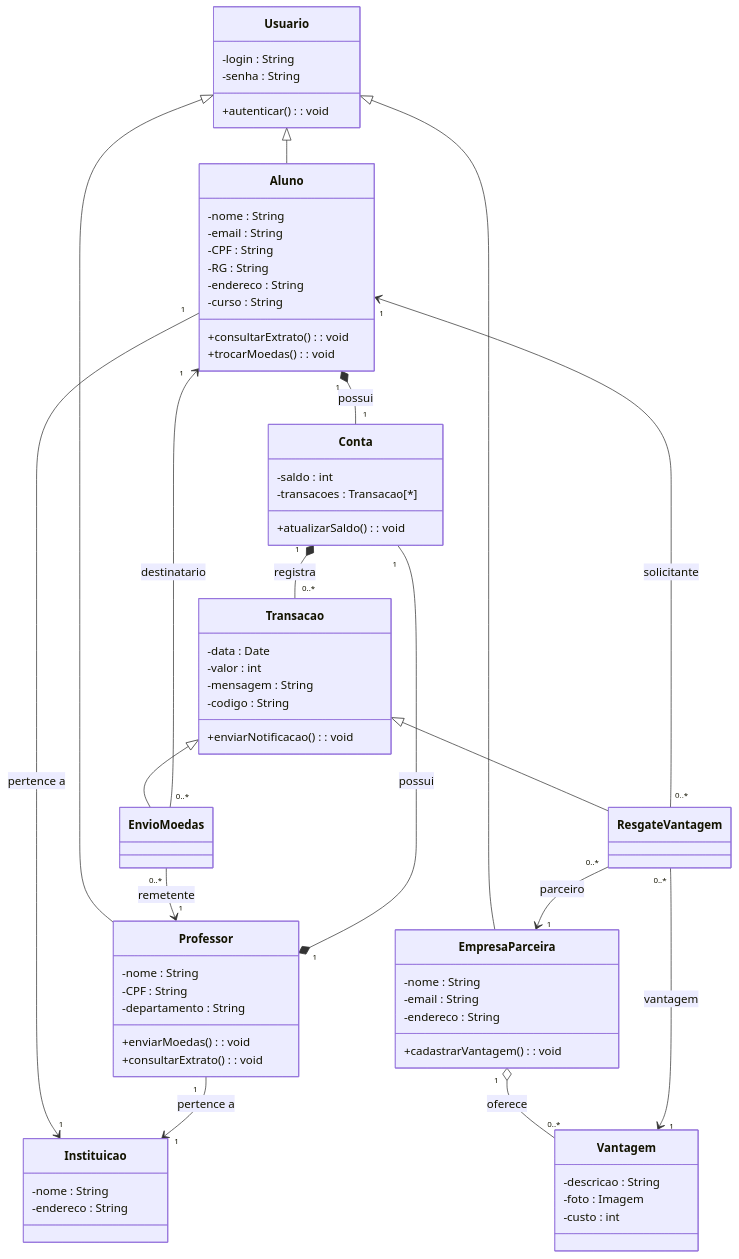
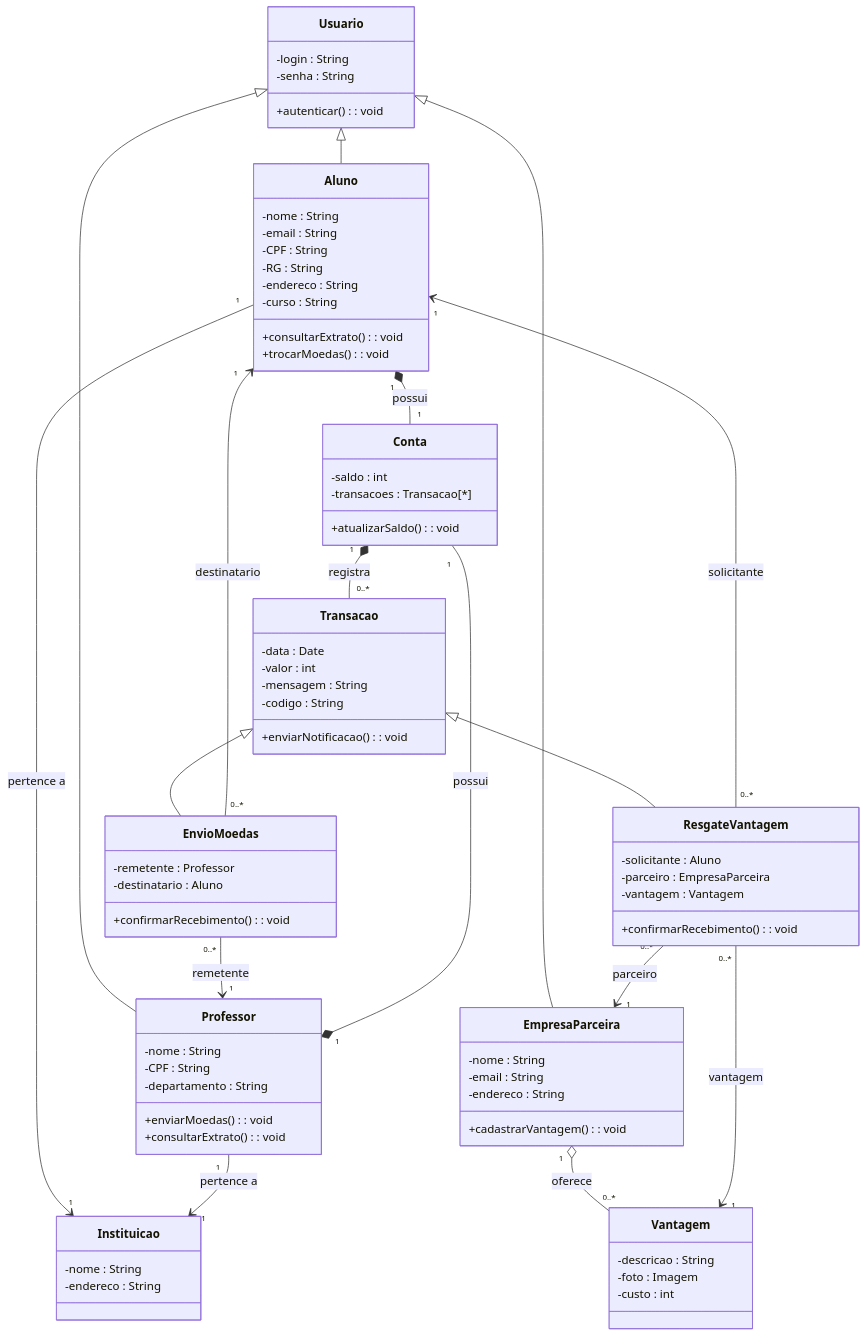
Before and after one commit to LuisBrescia/sistema-moeda-estudantil: the diagram in docs/diagrama_classes.md, drawn with Mermaid. The commit also changed 4 other files, not shown here.

Commit message:
docs: adicionado imagem de diagrama_caso_de_uso

```diff
--- a/docs/diagrama_classes.md
+++ b/docs/diagrama_classes.md
@@ -65,6 +60,19 @@
     +enviarNotificacao() : void
 }
 
+class EnvioMoedas {
+    -remetente : Professor
+    -destinatario : Aluno
+    +confirmarRecebimento() : void
+}
+
+class ResgateVantagem {
+    -solicitante : Aluno
+    -parceiro : EmpresaParceira
+    -vantagem : Vantagem
+    +confirmarRecebimento() : void
+}
+
     Usuario <|-- Aluno
     Usuario <|-- Professor
     Usuario <|-- EmpresaParceira
```
